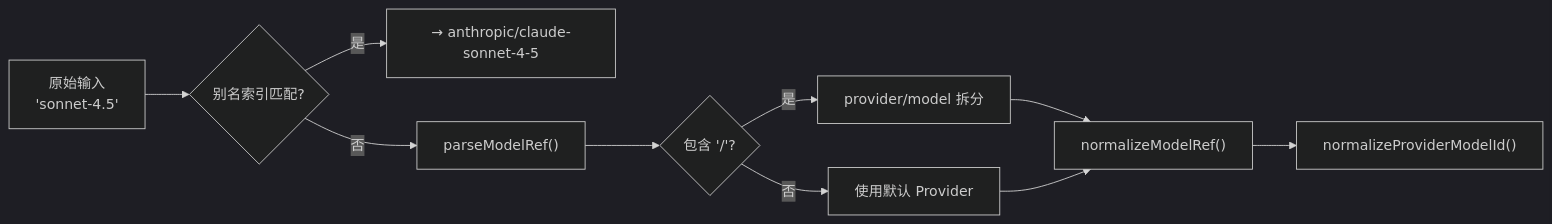
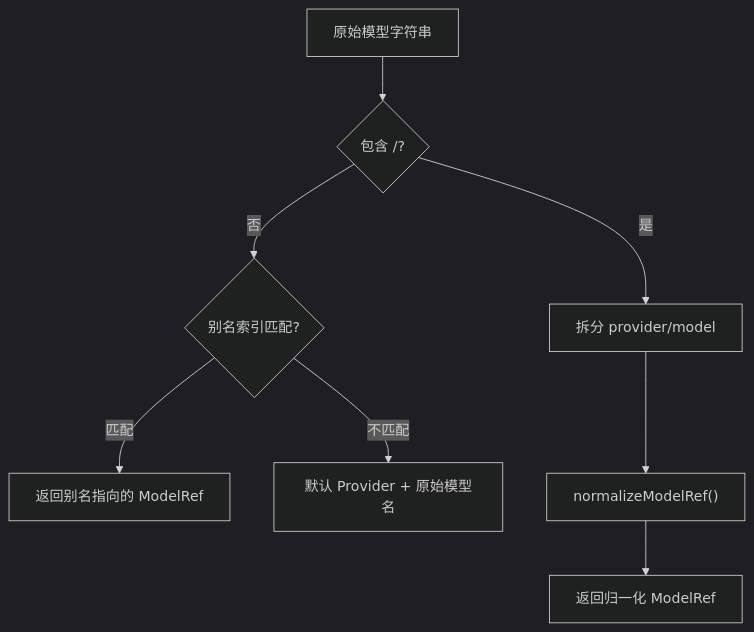
One commit to royalwang/openclaw changed the third of 7 diagrams in zh-docs/modules/agents/README.md. Above: the diagram before and after it, drawn with Mermaid (dark theme). The commit also changed other lines of this file and 1 other file, not shown here.

````diff
--- a/zh-docs/modules/agents/README.md
+++ b/zh-docs/modules/agents/README.md
@@ -79,12 +169,10 @@
 ```mermaid
-flowchart LR
-    RAW["原始输入<br/>'sonnet-4.5'"] --> ALIAS{"别名索引匹配?"}
-    ALIAS -->|是| ALIAS_REF["→ anthropic/claude-sonnet-4-5"]
-    ALIAS -->|否| PARSE["parseModelRef()"]
-    PARSE --> SLASH{"包含 '/'?"}
-    SLASH -->|是| SPLIT["provider/model 拆分"]
-    SLASH -->|否| DEFAULT_P["使用默认 Provider"]
-    SPLIT --> NORMALIZE["normalizeModelRef()"]
-    DEFAULT_P --> NORMALIZE
-    NORMALIZE --> PROVIDER_NORM["normalizeProviderModelId()"]
+flowchart TD
+    INPUT["原始模型字符串"] --> HAS_SLASH{"包含 /?"}
+    HAS_SLASH -->|否| ALIAS{"别名索引匹配?"}
+    ALIAS -->|匹配| RESOLVED["返回别名指向的 ModelRef"]
+    ALIAS -->|不匹配| DEFAULT_P["默认 Provider + 原始模型名"]
+    HAS_SLASH -->|是| PARSE["拆分 provider/model"]
+    PARSE --> NORMALIZE["normalizeModelRef()"]
+    NORMALIZE --> RESOLVED2["返回归一化 ModelRef"]
 ```
````
